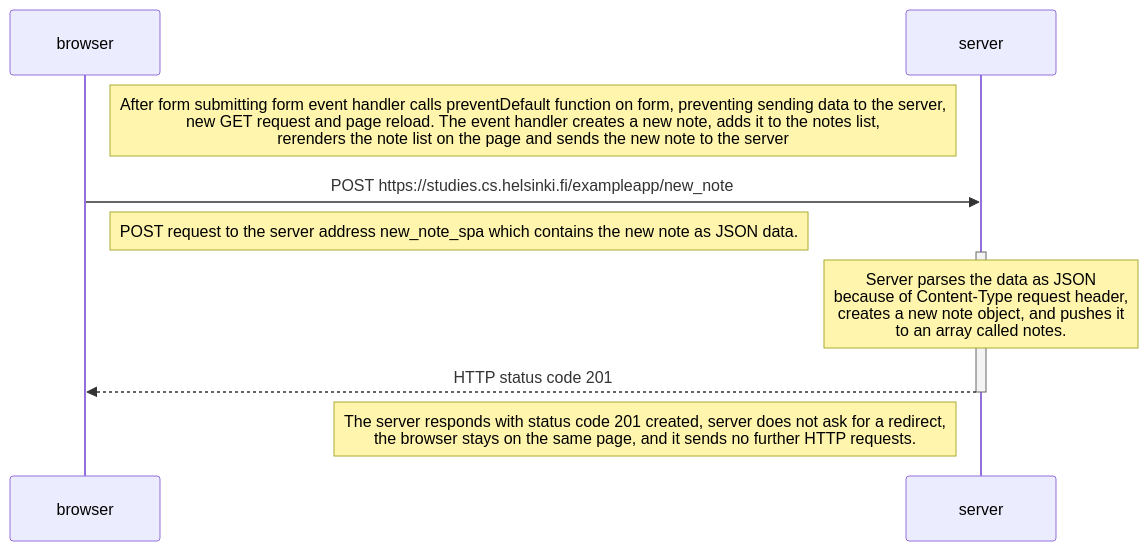
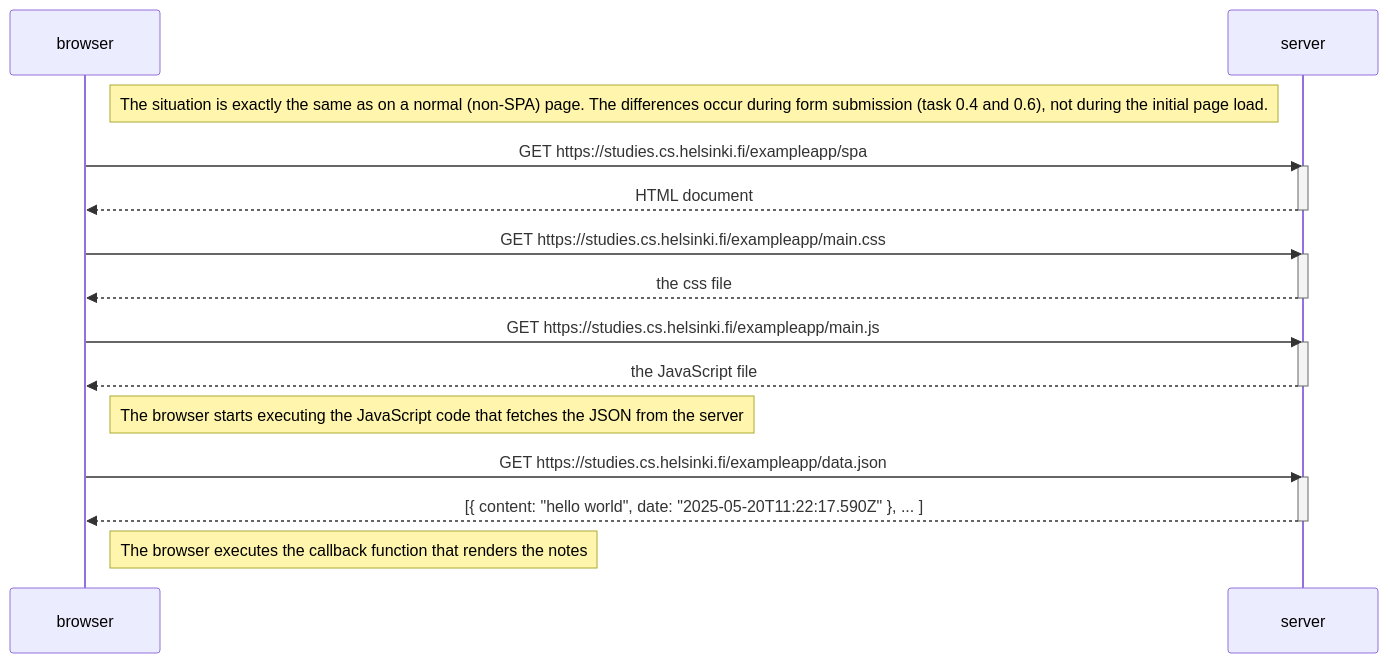
One commit to phmshk/FullStackOpen changed the diagram in part0/0_5.md. Above: the diagram before and after it, drawn with Mermaid.

````diff
--- a/part0/0_5.md
+++ b/part0/0_5.md
@@ -1,15 +1,30 @@
 ```mermaid
 sequenceDiagram
-  participant browser
-  participant server
+    participant browser
+    participant server
 
-    Note right of browser: After form submitting form event handler calls preventDefault function on form, preventing sending data to the server, <br> new GET request and page reload. The event handler creates a new note, adds it to the notes list, <br> rerenders the note list on the page and sends the new note to the server
+    Note right of browser: The situation is exactly the same as on a normal (non-SPA) page. The differences occur during form submission (task 0.4 and 0.6), not during the initial page load.
+    browser->>server: GET https://studies.cs.helsinki.fi/exampleapp/spa
+    activate server
+    server-->>browser: HTML document
+    deactivate server
 
-    browser->>server: POST  https://studies.cs.helsinki.fi/exampleapp/new_note
-    Note right of browser: POST request to the server address new_note_spa which contains the new note as JSON data.
+    browser->>server: GET https://studies.cs.helsinki.fi/exampleapp/main.css
     activate server
-    Note over server: Server parses the data as JSON <br> because of Content-Type request header, <br> creates a new note object, and pushes it <br> to an array called notes.
-    server-->>browser: HTTP status code 201
+    server-->>browser: the css file
     deactivate server
-    Note left of server: The server responds with status code 201 created, server does not ask for a redirect, <br> the browser stays on the same page, and it sends no further HTTP requests.
+
+    browser->>server: GET https://studies.cs.helsinki.fi/exampleapp/main.js
+    activate server
+    server-->>browser: the JavaScript file
+    deactivate server
+
+    Note right of browser: The browser starts executing the JavaScript code that fetches the JSON from the server
+
+    browser->>server: GET https://studies.cs.helsinki.fi/exampleapp/data.json
+    activate server
+    server-->>browser: [{ content: "hello world", date: "2025-05-20T11:22:17.590Z" }, ... ]
+    deactivate server
+
+    Note right of browser: The browser executes the callback function that renders the notes
 ```
````
